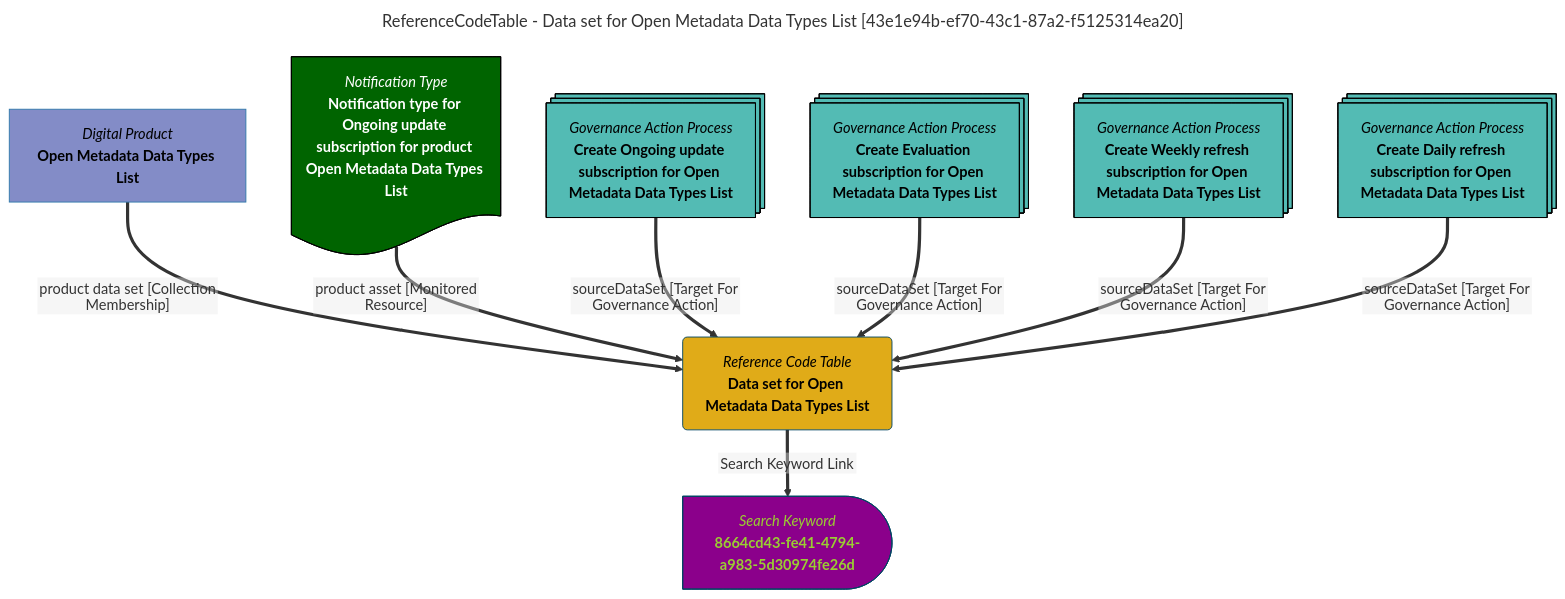
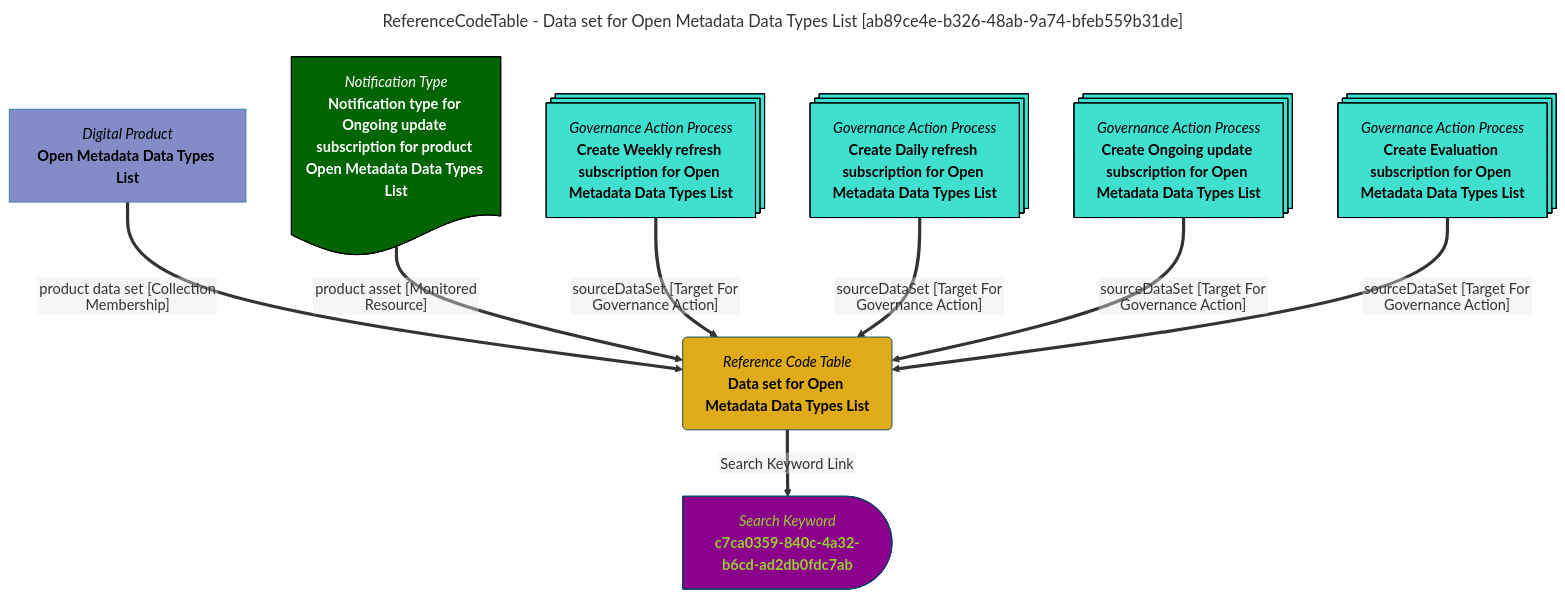
Before and after one commit to odpi/egeria-docs: the diagram in site/snippets/data-assets/data-set-for-open-metadata-data-types-list-mermaid-graph.md, drawn with Mermaid. The commit also changed 2201 other files, not shown here.

````diff
--- a/site/snippets/data-assets/data-set-for-open-metadata-data-types-list-mermaid-graph.md
+++ b/site/snippets/data-assets/data-set-for-open-metadata-data-types-list-mermaid-graph.md
@@ -1,39 +1,39 @@
 ```mermaid
 ---
-title: ReferenceCodeTable - Data set for Open Metadata Data Types List [43e1e94b-ef70-43c1-87a2-f5125314ea20]
+title: ReferenceCodeTable - Data set for Open Metadata Data Types List [ab89ce4e-b326-48ab-9a74-bfeb559b31de]
 ---
 flowchart TD
 %%{init: {"flowchart": {"htmlLabels": false}} }%%
 
 1@{ shape: rounded, label: "*Reference Code Table*
 **Data set for Open Metadata Data Types List**"}
 2@{ shape: delay, label: "*Search Keyword*
-**8664cd43-fe41-4794-a983-5d30974fe26d**"}
+**c7ca0359-840c-4a32-b6cd-ad2db0fdc7ab**"}
 1==>|"Search Keyword Link"|2
 3@{ shape: rect, label: "*Digital Product*
 **Open Metadata Data Types List**"}
 3==>|"product data set [Collection Membership]"|1
 4@{ shape: doc, label: "*Notification Type*
 **Notification type for Ongoing update subscription for product Open Metadata Data Types List**"}
 4==>|"product asset [Monitored Resource]"|1
 5@{ shape: processes, label: "*Governance Action Process*
-**Create Ongoing update subscription for Open Metadata Data Types List**"}
+**Create Weekly refresh subscription for Open Metadata Data Types List**"}
 5==>|"sourceDataSet [Target For Governance Action]"|1
 6@{ shape: processes, label: "*Governance Action Process*
-**Create Evaluation subscription for Open Metadata Data Types List**"}
+**Create Daily refresh subscription for Open Metadata Data Types List**"}
 6==>|"sourceDataSet [Target For Governance Action]"|1
 7@{ shape: processes, label: "*Governance Action Process*
-**Create Weekly refresh subscription for Open Metadata Data Types List**"}
+**Create Ongoing update subscription for Open Metadata Data Types List**"}
 7==>|"sourceDataSet [Target For Governance Action]"|1
 8@{ shape: processes, label: "*Governance Action Process*
-**Create Daily refresh subscription for Open Metadata Data Types List**"}
+**Create Evaluation subscription for Open Metadata Data Types List**"}
 8==>|"sourceDataSet [Target For Governance Action]"|1
 style 1 color:#000000, fill:#e0ab18, stroke:#004563
-style 2 color:#9acd32, fill:#8b008b, stroke:#004563
+style 2 color:#9ACD32, fill:#8B008B, stroke:#004563
 style 3 color:#000000, fill:#838cc7, stroke:#3079ab
 style 4 color:#FFFFFF, fill:#006400, stroke:#000000
-style 5 color:#000000, fill:#53bbb4, stroke:#000000
-style 6 color:#000000, fill:#53bbb4, stroke:#000000
-style 7 color:#000000, fill:#53bbb4, stroke:#000000
-style 8 color:#000000, fill:#53bbb4, stroke:#000000
+style 5 color:#000000, fill:#40E0D0, stroke:#000000
+style 6 color:#000000, fill:#40E0D0, stroke:#000000
+style 7 color:#000000, fill:#40E0D0, stroke:#000000
+style 8 color:#000000, fill:#40E0D0, stroke:#000000
 ```
````
